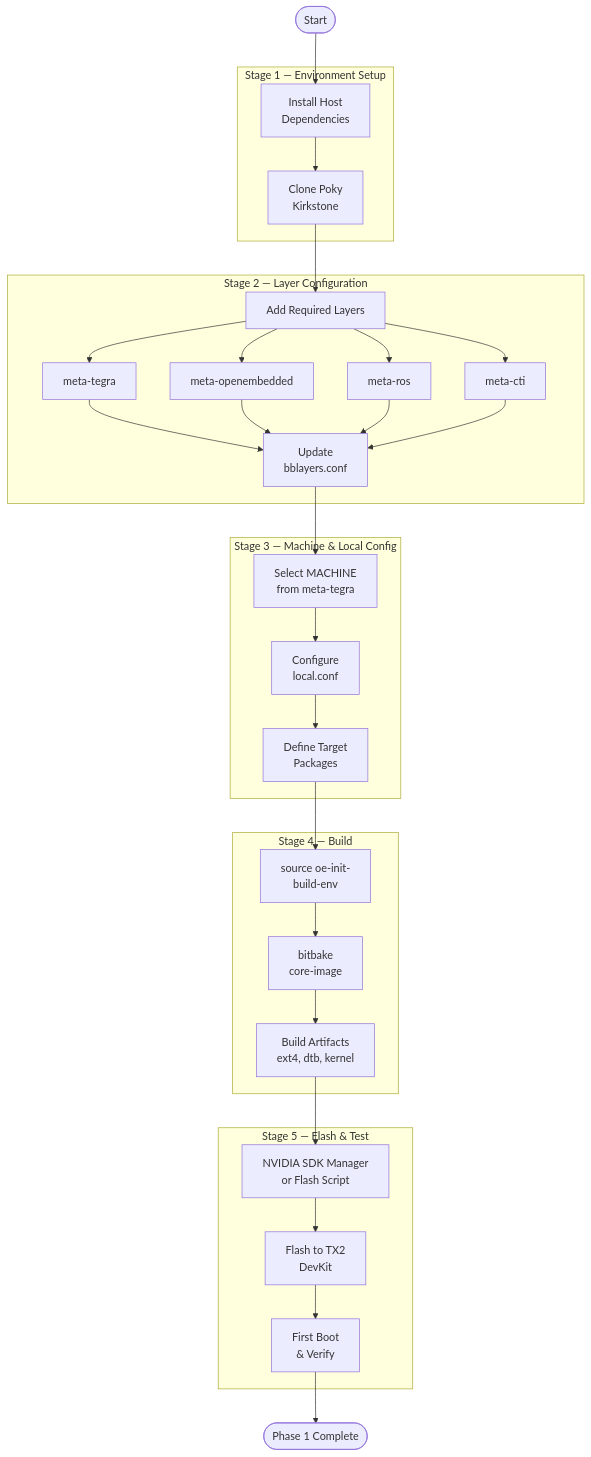
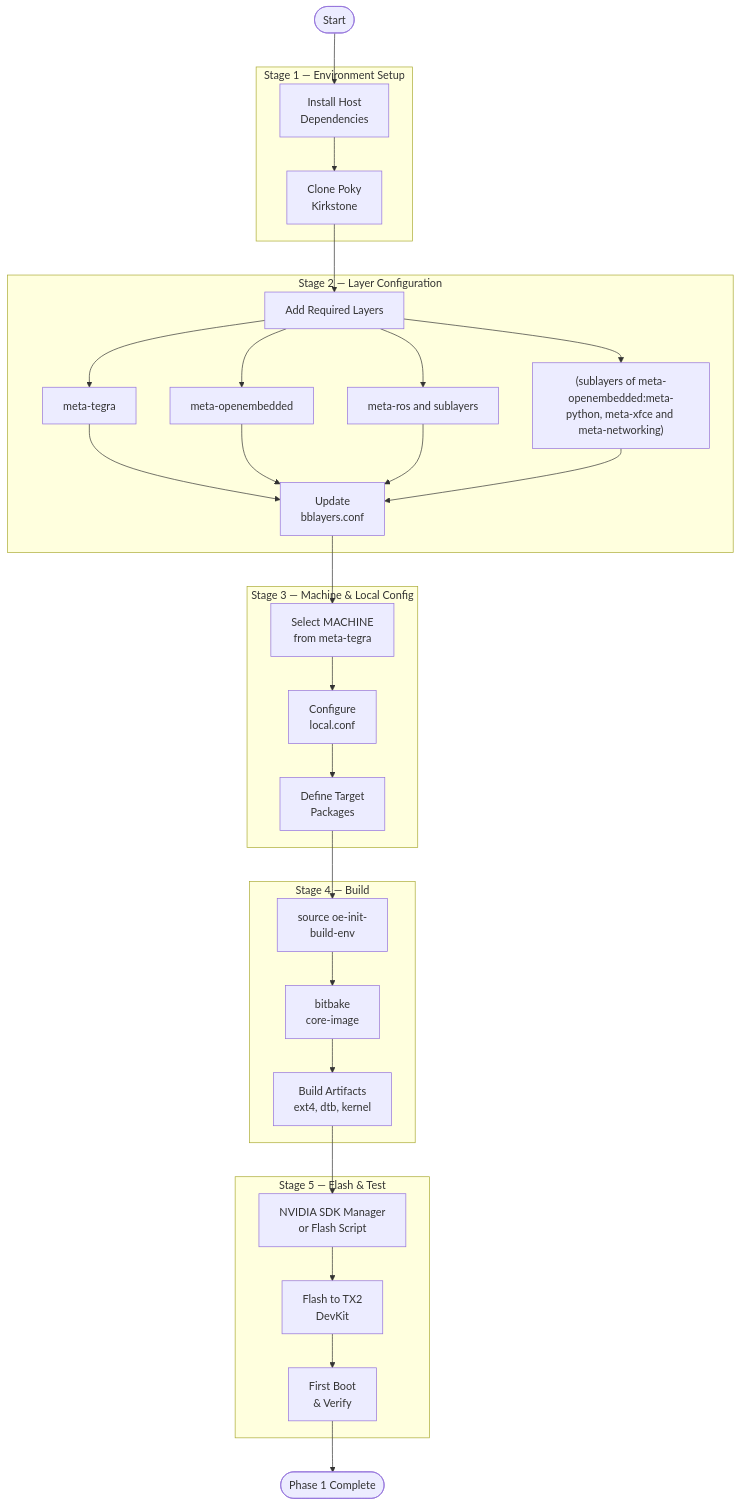
The diagram in docs/phase1/index.md (ajaymrk95/yocto-project-build-docs), drawn with Mermaid before and after one commit. The commit also changed other lines of this file and 9 other files, not shown here.

Commit message:
Refine Overall Outlines, Update Chart Corrections and Improve Roadmap and Overview Markdowns

````diff
--- a/docs/phase1/index.md
+++ b/docs/phase1/index.md
@@ -17,40 +17,40 @@
 ```mermaid
 flowchart TD
     START(["Start"]) --> ENV
 
     subgraph S1["Stage 1 — Environment Setup"]
         ENV["Install Host\nDependencies"] --> CLONE["Clone Poky\nKirkstone"]
     end
 
     subgraph S2["Stage 2 — Layer Configuration"]
         CLONE --> LAYERS["Add Required Layers"]
         LAYERS --> L1["meta-tegra"]
         LAYERS --> L2["meta-openembedded"]
-        LAYERS --> L3["meta-ros"]
-        LAYERS --> L4["meta-cti"]
+        LAYERS --> L3["meta-ros and sublayers"]
+        LAYERS --> L4["(sublayers of meta-openembedded:meta-python, meta-xfce and meta-networking)"]
         L1 --> BBLAYERS["Update\nbblayers.conf"]
         L2 --> BBLAYERS
         L3 --> BBLAYERS
         L4 --> BBLAYERS
     end
 
     subgraph S3["Stage 3 — Machine & Local Config"]
         BBLAYERS --> MACHINE["Select MACHINE\nfrom meta-tegra"]
         MACHINE --> LOCAL["Configure\nlocal.conf"]
         LOCAL --> PACKAGES["Define Target\nPackages"]
     end
 
     subgraph S4["Stage 4 — Build"]
         PACKAGES --> INIT["source oe-init-\nbuild-env"]
         INIT --> BITBAKE["bitbake\ncore-image"]
         BITBAKE --> ARTIFACTS["Build Artifacts\next4, dtb, kernel"]
     end
 
     subgraph S5["Stage 5 — Flash & Test"]
         ARTIFACTS --> SDK["NVIDIA SDK Manager\nor Flash Script"]
         SDK --> FLASH["Flash to TX2\nDevKit"]
         FLASH --> BOOT["First Boot\n& Verify"]
     end
 
     BOOT --> DONE(["Phase 1 Complete"])
 ```
````
